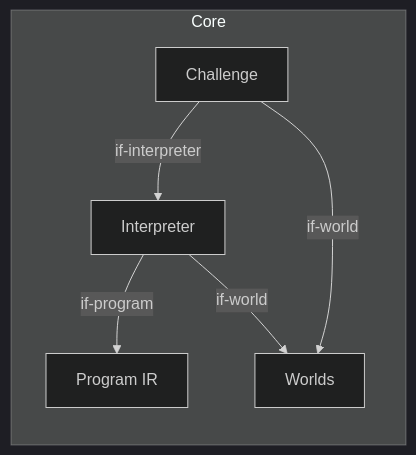
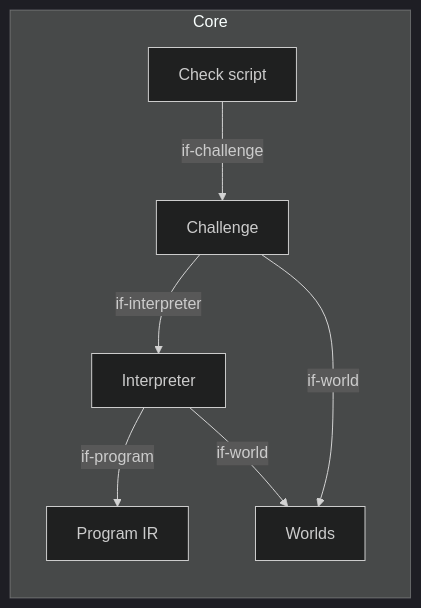
The fourth of 6 diagrams in docs/arc42/05-building-blocks.arc42.md (lernapps/coding), drawn with Mermaid (dark theme) before and after one commit. The commit also changed other lines of this file and 10 other files, not shown here.

First line of the commit message:
feat: Prüfskript challenge-check.v1.mjs für Apps, die Challenges schicken

````diff
--- a/docs/arc42/05-building-blocks.arc42.md
+++ b/docs/arc42/05-building-blocks.arc42.md
@@ -735,13 +735,15 @@
 ```mermaid
 flowchart LR
     subgraph bb-interactive-core["Core"]
         bb-program["Program IR"]
         bb-interpreter["Interpreter"]
         bb-challenge["Challenge"]
         bb-worlds["Worlds"]
+        bb-check-script["Check script"]
     end
     bb-interpreter -->|"if-program"| bb-program
     bb-interpreter -->|"if-world"| bb-worlds
     bb-challenge -->|"if-interpreter"| bb-interpreter
     bb-challenge -->|"if-world"| bb-worlds
+    bb-check-script -->|"if-challenge"| bb-challenge
 ```
````
